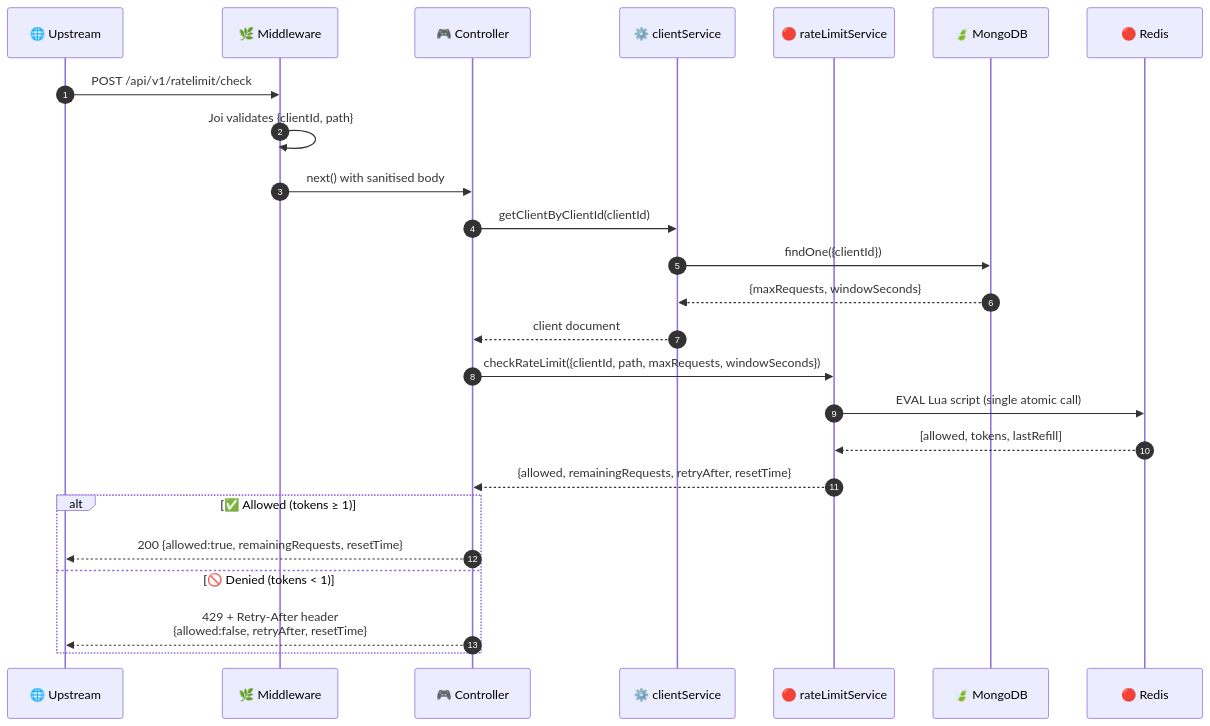
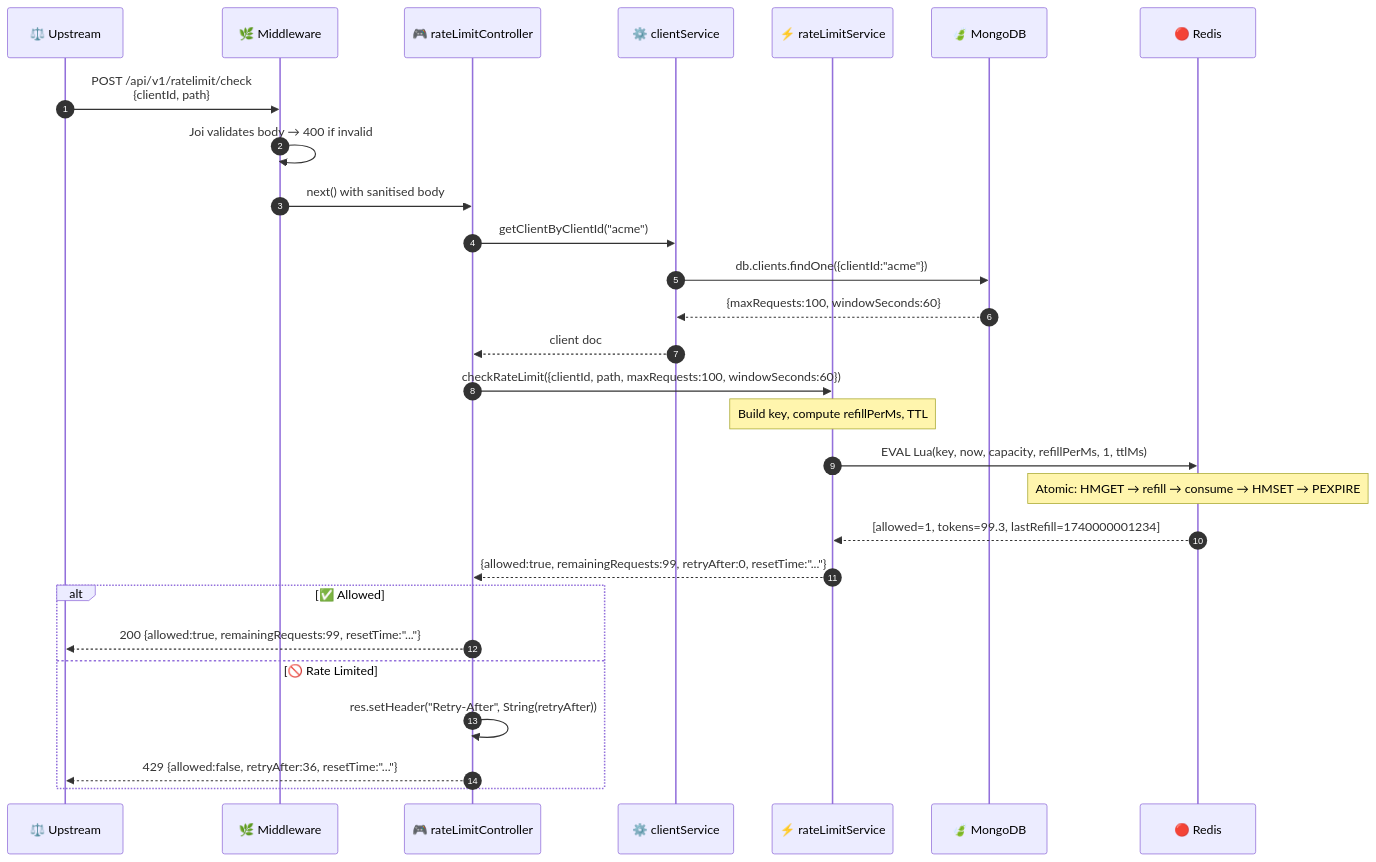
Before and after one commit to ramalokeshreddyp/RateGuard: the sixth of 16 diagrams in ARCHITECTURE.md, drawn with Mermaid. The commit also changed other lines of this file and 2 other files, not shown here.

Commit message:
docs: comprehensive rewrite of README, ARCHITECTURE, and projectdocumentation with rich MermaidJS diagrams

````diff
--- a/ARCHITECTURE.md
+++ b/ARCHITECTURE.md
@@ -151,29 +317,32 @@
 ```mermaid
 sequenceDiagram
     autonumber
-    participant U as 🌐 Upstream
-    participant M as 🌿 Middleware
-    participant C as 🎮 Controller
-    participant S as ⚙️ clientService
-    participant R as 🔴 rateLimitService
-    participant DB as 🍃 MongoDB
-    participant RD as 🔴 Redis
+    participant U as ⚖️ Upstream
+    participant MW as 🌿 Middleware
+    participant RC as 🎮 rateLimitController
+    participant CS as ⚙️ clientService
+    participant RLS as ⚡ rateLimitService
+    participant MDB as 🍃 MongoDB
+    participant RDS as 🔴 Redis
 
-    U->>M: POST /api/v1/ratelimit/check
-    M->>M: Joi validates {clientId, path}
-    M->>C: next() with sanitised body
-    C->>S: getClientByClientId(clientId)
-    S->>DB: findOne({clientId})
-    DB-->>S: {maxRequests, windowSeconds}
-    S-->>C: client document
-    C->>R: checkRateLimit({clientId, path, maxRequests, windowSeconds})
-    R->>RD: EVAL Lua script (single atomic call)
-    RD-->>R: [allowed, tokens, lastRefill]
-    R-->>C: {allowed, remainingRequests, retryAfter, resetTime}
+    U->>MW: POST /api/v1/ratelimit/check<br/>{clientId, path}
+    MW->>MW: Joi validates body → 400 if invalid
+    MW->>RC: next() with sanitised body
+    RC->>CS: getClientByClientId("acme")
+    CS->>MDB: db.clients.findOne({clientId:"acme"})
+    MDB-->>CS: {maxRequests:100, windowSeconds:60}
+    CS-->>RC: client doc
+    RC->>RLS: checkRateLimit({clientId, path, maxRequests:100, windowSeconds:60})
+    Note over RLS: Build key, compute refillPerMs, TTL
+    RLS->>RDS: EVAL Lua(key, now, capacity, refillPerMs, 1, ttlMs)
+    Note over RDS: Atomic: HMGET → refill → consume → HMSET → PEXPIRE
+    RDS-->>RLS: [allowed=1, tokens=99.3, lastRefill=1740000001234]
+    RLS-->>RC: {allowed:true, remainingRequests:99, retryAfter:0, resetTime:"..."}
 
-    alt ✅ Allowed (tokens ≥ 1)
-        C-->>U: 200 {allowed:true, remainingRequests, resetTime}
-    else 🚫 Denied (tokens < 1)
-        C-->>U: 429 + Retry-After header<br/>{allowed:false, retryAfter, resetTime}
+    alt ✅ Allowed
+        RC-->>U: 200 {allowed:true, remainingRequests:99, resetTime:"..."}
+    else 🚫 Rate Limited
+        RC->>RC: res.setHeader("Retry-After", String(retryAfter))
+        RC-->>U: 429 {allowed:false, retryAfter:36, resetTime:"..."}
     end
 ```
````
